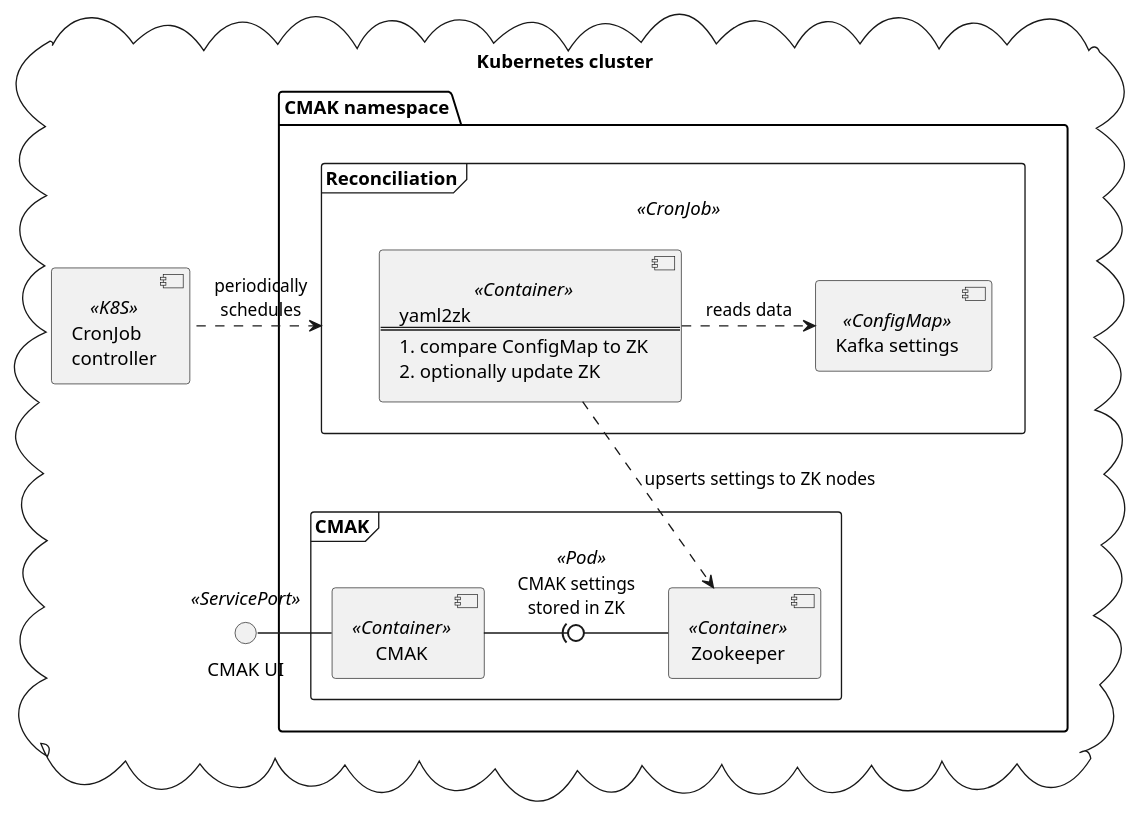
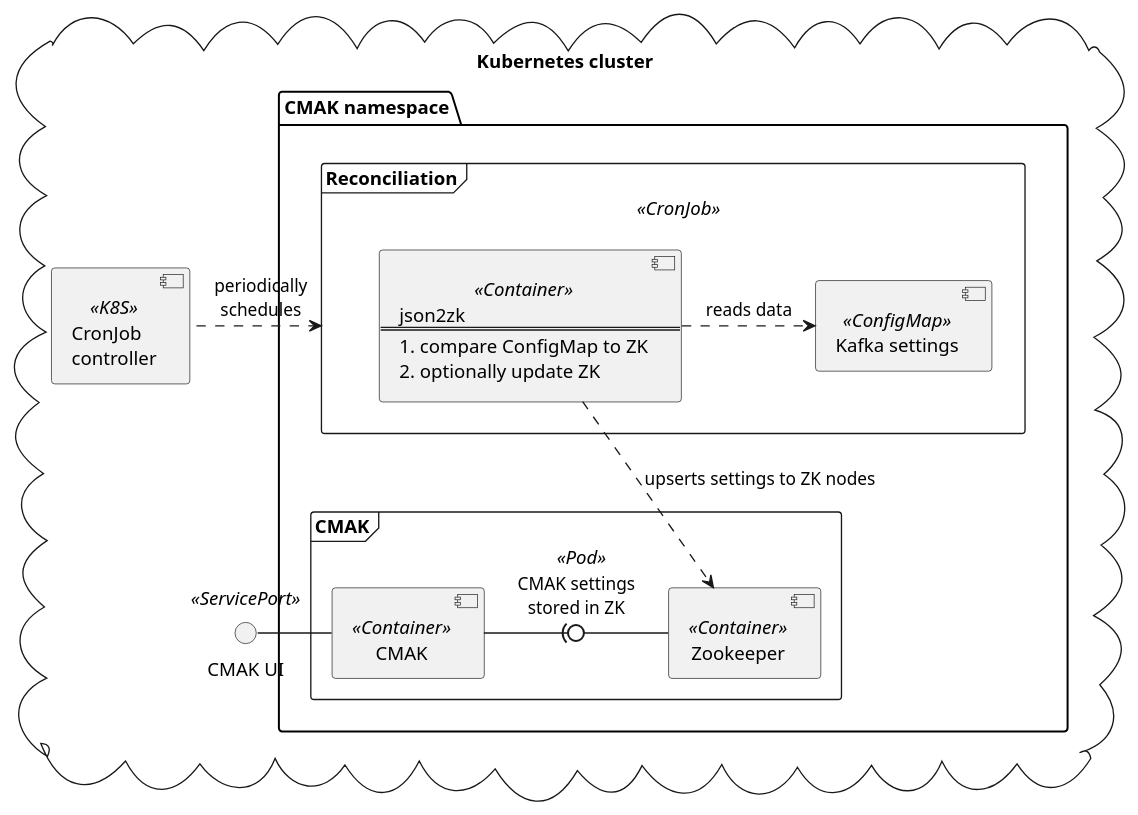
Before and after one commit to eshepelyuk/cmak-operator: the diagram in arch.puml, drawn with PlantUML.

```diff
--- a/arch.puml
+++ b/arch.puml
@@ -1,31 +1,31 @@
 @startuml
 skinparam componentStyle uml2
 
 cloud "Kubernetes cluster" {
   component "CronJob\ncontroller" as cron <<K8S>>
   () "CMAK UI" as ui <<ServicePort>>
   package "CMAK namespace" as ns {
     frame "CMAK" as pod <<Pod>> {
       component CMAK as cmak <<Container>>
       component Zookeeper as zk <<Container>>
       cmak -r(0- zk : CMAK settings\nstored in ZK
     }
     frame "Reconciliation" as cronPod <<CronJob>> {
       component script <<Container>> [
-        yaml2zk
+        json2zk
         ====
         1. compare ConfigMap to ZK
         2. optionally update ZK
       ]
       component "Kafka settings" as cm <<ConfigMap>>
       script .r.> cm : reads data
     }
   }
 
   cron .l.> cronPod : periodically\nschedules
   script .d.> zk : upserts settings to ZK nodes
 
   ui -r- cmak
 }
 
 @enduml
```
